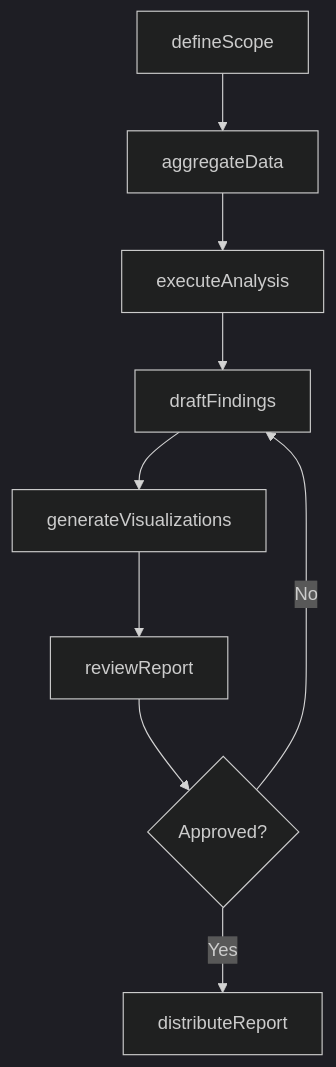
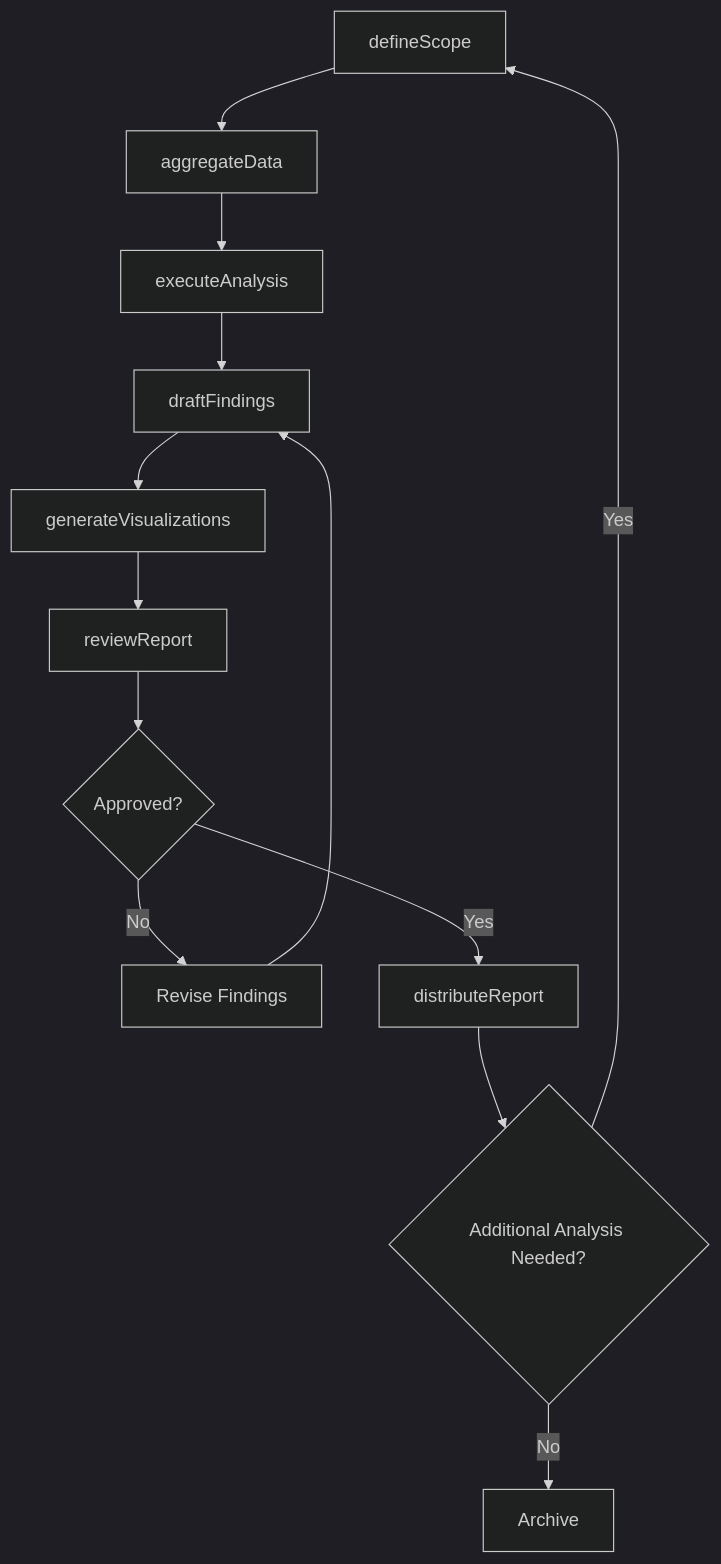
Before and after one commit to dot-org-ai/tasks.org.ai: the third of 4 diagrams in DocumentingRecordingInformation/PresentResearchOrTechnicalInformation/PrepareAnalyticalReports.mdx, drawn with Mermaid (dark theme). The commit also changed other lines of this file and 959 other files, not shown here.

````diff
--- a/DocumentingRecordingInformation/PresentResearchOrTechnicalInformation/PrepareAnalyticalReports.mdx
+++ b/DocumentingRecordingInformation/PresentResearchOrTechnicalInformation/PrepareAnalyticalReports.mdx
@@ -86,11 +114,15 @@
 ```mermaid
 graph TD
     A[defineScope] --> B[aggregateData]
     B --> C[executeAnalysis]
     C --> D[draftFindings]
     D --> E[generateVisualizations]
     E --> F[reviewReport]
     F --> G{Approved?}
-    G -->|No| D
-    G -->|Yes| H[distributeReport]
+    G -->|No| H[Revise Findings]
+    H --> D
+    G -->|Yes| I[distributeReport]
+    I --> J{Additional Analysis Needed?}
+    J -->|Yes| A
+    J -->|No| K[Archive]
 ```
````
